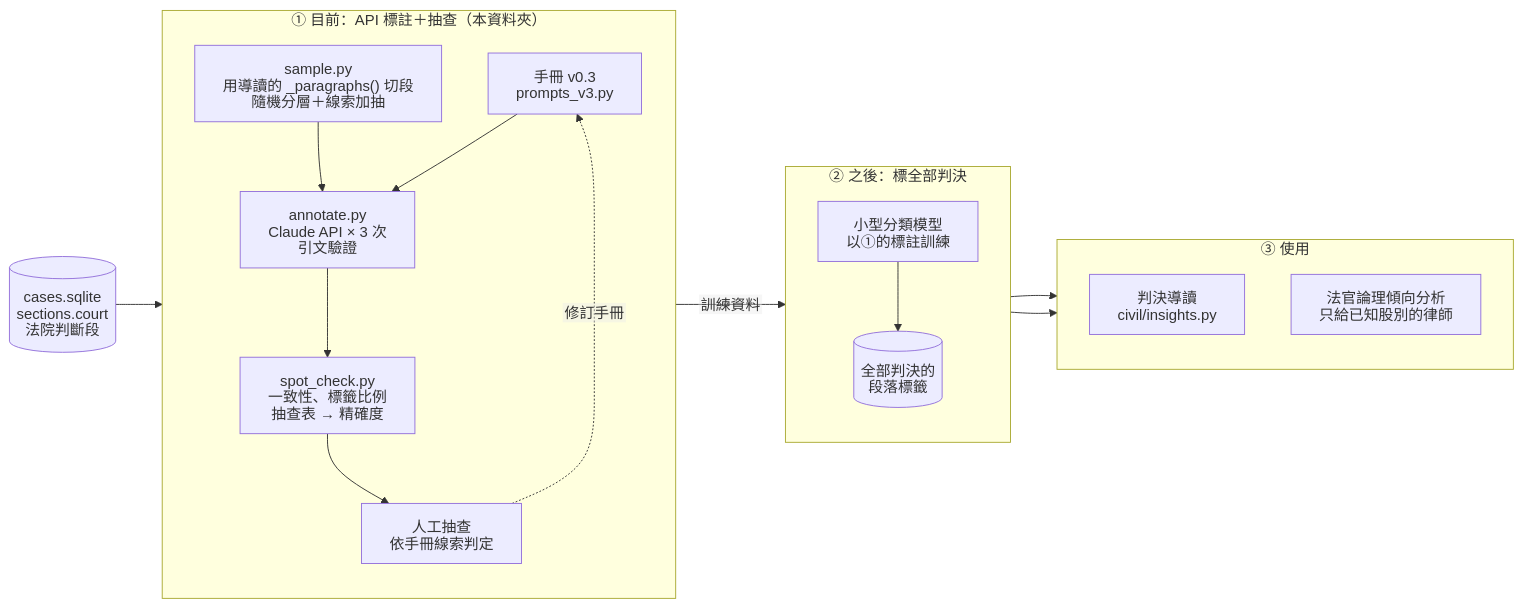
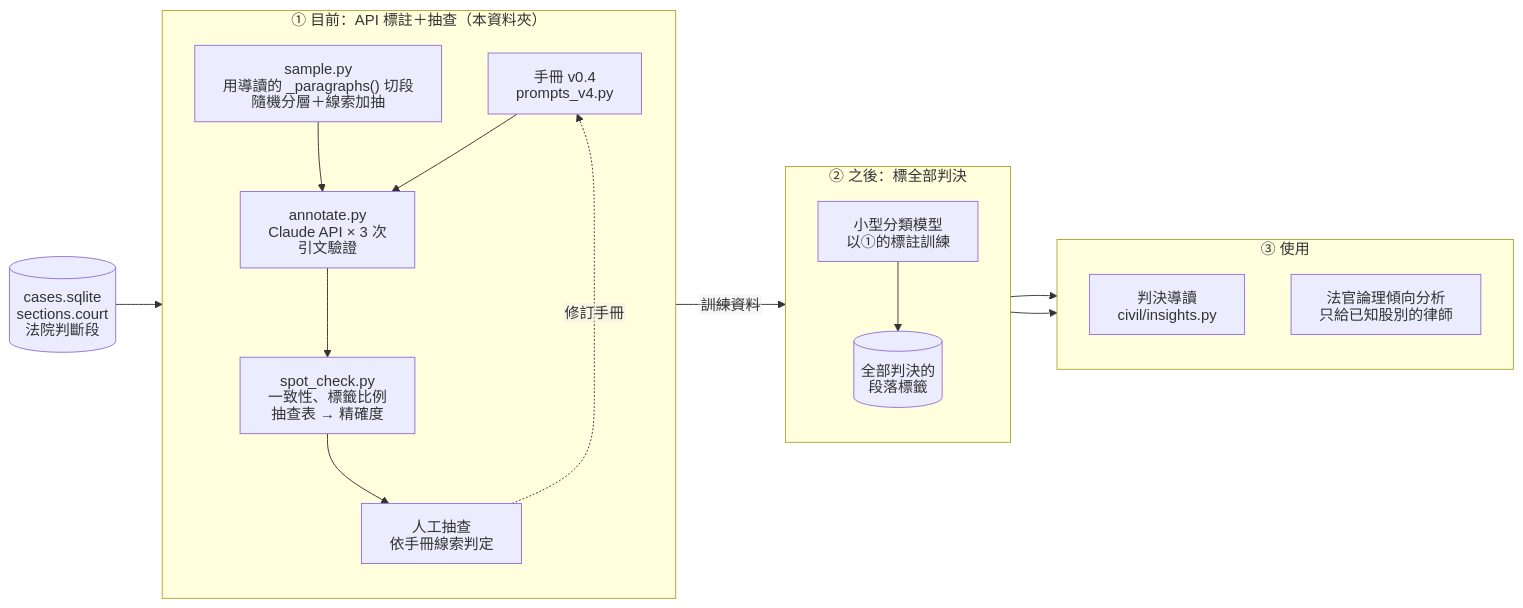
The diagram in annotation/README.md (yuzuEN/JudgementDigest), drawn with Mermaid before and after one commit. The commit also changed other lines of this file and 7 other files, not shown here.

````diff
--- a/annotation/README.md
+++ b/annotation/README.md
@@ -23,35 +24,35 @@
 ```mermaid
 %%{init: {"htmlLabels": false, "flowchart": {"htmlLabels": false, "wrappingWidth": 400}}}%%
 flowchart LR
     SRC[("cases.sqlite<br/>sections.court<br/>法院判斷段")]
 
     subgraph NOW["① 目前：API 標註＋抽查（本資料夾）"]
         direction TB
-        M["手冊 v0.3<br/>prompts_v3.py"]
+        M["手冊 v0.4<br/>prompts_v4.py"]
         S["sample.py<br/>用導讀的 _paragraphs() 切段<br/>隨機分層＋線索加抽"]
         A["annotate.py<br/>Claude API × 3 次<br/>引文驗證"]
         C["spot_check.py<br/>一致性、標籤比例<br/>抽查表 → 精確度"]
         H["人工抽查<br/>依手冊線索判定"]
         S --> A --> C --> H
         M --> A
         H -. 修訂手冊 .-> M
     end
 
     subgraph NEXT["② 之後：標全部判決"]
         direction TB
         T["小型分類模型<br/>以①的標註訓練"]
         ALL[("全部判決的<br/>段落標籤")]
         T --> ALL
     end
 
     subgraph USE["③ 使用"]
         direction TB
         G["判決導讀<br/>civil/insights.py"]
         J["法官論理傾向分析<br/>只給已知股別的律師"]
     end
 
     SRC --> S
     C -- 訓練資料 --> T
     ALL --> G
     ALL --> J
 ```
````
